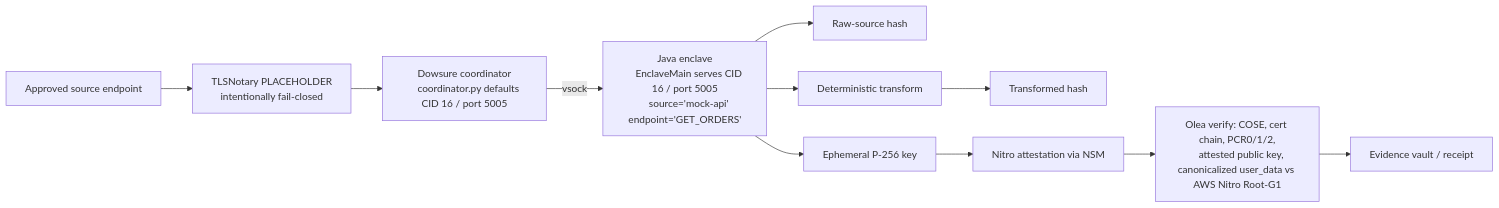
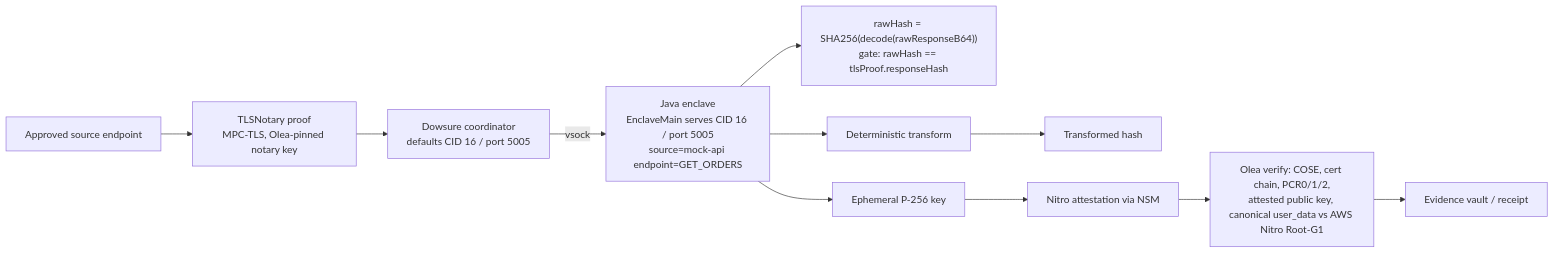
The fourth of 5 diagrams in docs/FLOWS.md (scvolea/olea-dowsure-oracle), drawn with Mermaid before and after one commit. The commit also changed other lines of this file and 4 other files, not shown here.

````diff
--- a/docs/FLOWS.md
+++ b/docs/FLOWS.md
@@ -205,18 +205,13 @@
 ```mermaid
 flowchart LR
-    SRC[Approved source endpoint] --> TLS[TLSNotary PLACEHOLDER
-    intentionally fail-closed]
-    TLS --> CO[Dowsure coordinator
-    coordinator.py defaults CID 16 / port 5005]
-    CO -->|vsock| EN[Java enclave
-    EnclaveMain serves CID 16 / port 5005
-    source='mock-api' endpoint='GET_ORDERS']
-    EN --> RH[Raw-source hash]
-    EN --> TF[Deterministic transform]
-    TF --> TH[Transformed hash]
-    EN --> KP[Ephemeral P-256 key]
-    KP --> AT[Nitro attestation via NSM]
-    AT --> V[Olea verify: COSE, cert chain, PCR0/1/2,
-    attested public key, canonicalized user_data vs AWS Nitro Root-G1]
-    V --> EV[Evidence vault / receipt]
+    SRC["Approved source endpoint"] --> TLS["TLSNotary proof<br/>MPC-TLS, Olea-pinned notary key"]
+    TLS --> CO["Dowsure coordinator<br/>defaults CID 16 / port 5005"]
+    CO -->|vsock| EN["Java enclave<br/>EnclaveMain serves CID 16 / port 5005<br/>source=mock-api endpoint=GET_ORDERS"]
+    EN --> RH["rawHash = SHA256(decode(rawResponseB64))<br/>gate: rawHash == tlsProof.responseHash"]
+    EN --> TF["Deterministic transform"]
+    TF --> TH["Transformed hash"]
+    EN --> KP["Ephemeral P-256 key"]
+    KP --> AT["Nitro attestation via NSM"]
+    AT --> V["Olea verify: COSE, cert chain, PCR0/1/2,<br/>attested public key, canonical user_data vs AWS Nitro Root-G1"]
+    V --> EV["Evidence vault / receipt"]
 ```
````
